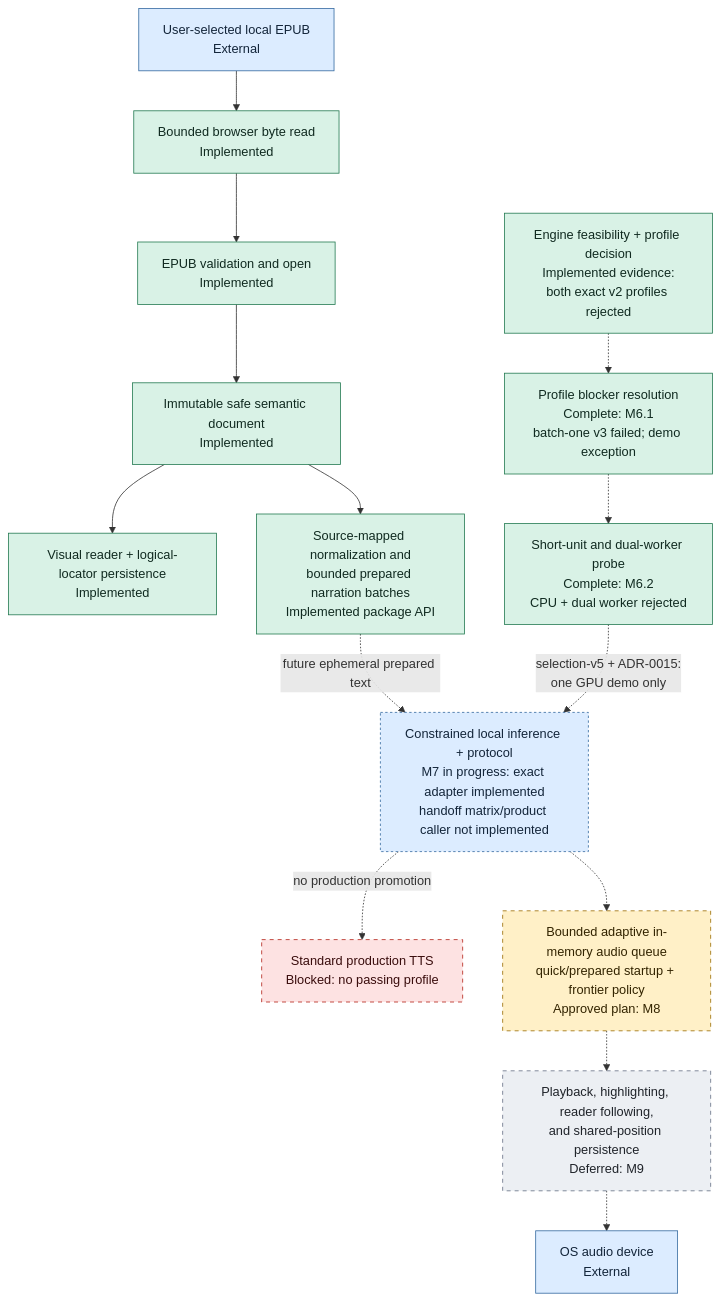
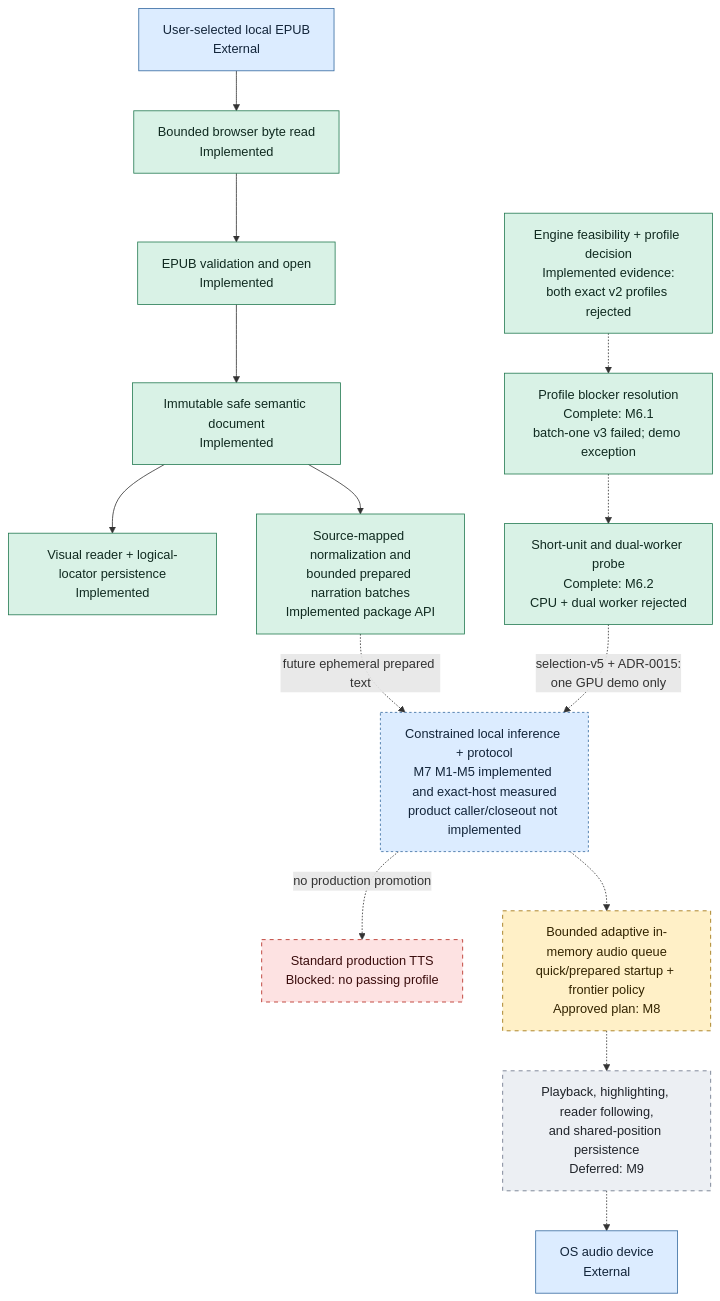
One commit to mmjosedaniel/voxleaf changed the second of 2 diagrams in docs/architecture/system-diagram.md. Above: the diagram before and after it, drawn with Mermaid. The commit also changed other lines of this file and 24 other files, not shown here.

First line of the commit message:
Validate constrained exact-host TTS service handoff (#118)

````diff
--- a/docs/architecture/system-diagram.md
+++ b/docs/architecture/system-diagram.md
@@ -124,35 +124,35 @@
 ```mermaid
 flowchart TD
     classDef implemented fill:#d9f2e6,stroke:#247a52,color:#102a20
     classDef progress fill:#dcecff,stroke:#356aa0,color:#13253a,stroke-dasharray: 3 3
     classDef planned fill:#fff0c7,stroke:#9a6b00,color:#332400,stroke-dasharray: 5 5
     classDef blocked fill:#fde2e2,stroke:#b42318,color:#3a0d0d,stroke-dasharray: 5 5
     classDef deferred fill:#eceff3,stroke:#667085,color:#20242a,stroke-dasharray: 5 5
     classDef external fill:#dcecff,stroke:#356aa0,color:#13253a
 
     FILE["User-selected local EPUB<br/>External"]:::external
     READ["Bounded browser byte read<br/>Implemented"]:::implemented
     OPEN["EPUB validation and open<br/>Implemented"]:::implemented
     SAFE["Immutable safe semantic document<br/>Implemented"]:::implemented
     VISUAL["Visual reader + logical-locator persistence<br/>Implemented"]:::implemented
     PREP["Source-mapped normalization and<br/>bounded prepared narration batches<br/>Implemented package API"]:::implemented
     PROFILE["Engine feasibility + profile decision<br/>Implemented evidence:<br/>both exact v2 profiles rejected"]:::implemented
     NEXT_PROFILE["Profile blocker resolution<br/>Complete: M6.1<br/>batch-one v3 failed; demo exception"]:::implemented
     BATCH_PROBE["Short-unit and dual-worker probe<br/>Complete: M6.2<br/>CPU + dual worker rejected"]:::implemented
-    INFER["Constrained local inference + protocol<br/>M7 in progress: exact adapter implemented<br/>handoff matrix/product caller not implemented"]:::progress
+    INFER["Constrained local inference + protocol<br/>M7 M1-M5 implemented and exact-host measured<br/>product caller/closeout not implemented"]:::progress
     PROD["Standard production TTS<br/>Blocked: no passing profile"]:::blocked
     BUFFER["Bounded adaptive in-memory audio queue<br/>quick/prepared startup + frontier policy<br/>Approved plan: M8"]:::planned
     FOLLOW["Playback, highlighting, reader following,<br/>and shared-position persistence<br/>Deferred: M9"]:::deferred
     DEVICE["OS audio device<br/>External"]:::external
 
     FILE --> READ --> OPEN --> SAFE --> VISUAL
     SAFE --> PREP
     PREP -.->|"future ephemeral prepared text"| INFER
     PROFILE -.-> NEXT_PROFILE
     NEXT_PROFILE -.-> BATCH_PROBE
     BATCH_PROBE -.->|"selection-v5 + ADR-0015:<br/>one GPU demo only"| INFER
     INFER -.->|"no production promotion"| PROD
     INFER -.-> BUFFER
     BUFFER -.-> FOLLOW
     FOLLOW -.-> DEVICE
 ```
````
